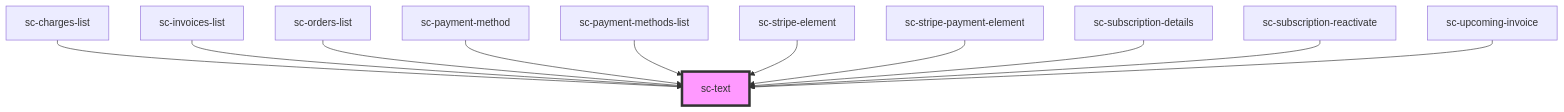
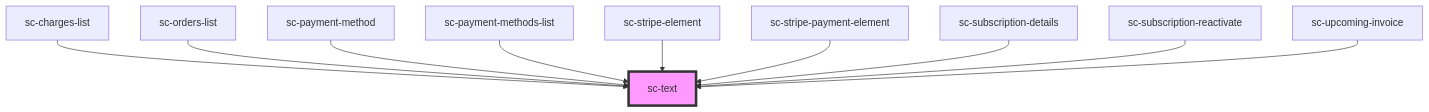
The diagram in packages/components/src/components/ui/text/readme.md (surecart/surecart-wp-plugin), drawn with Mermaid before and after one commit. The commit also changed other lines of this file and 46 other files, not shown here.

````diff
--- a/packages/components/src/components/ui/text/readme.md
+++ b/packages/components/src/components/ui/text/readme.md
@@ -32,14 +31,13 @@
 ```mermaid
 graph TD;
   sc-charges-list --> sc-text
-  sc-invoices-list --> sc-text
   sc-orders-list --> sc-text
   sc-payment-method --> sc-text
   sc-payment-methods-list --> sc-text
   sc-stripe-element --> sc-text
   sc-stripe-payment-element --> sc-text
   sc-subscription-details --> sc-text
   sc-subscription-reactivate --> sc-text
   sc-upcoming-invoice --> sc-text
   style sc-text fill:#f9f,stroke:#333,stroke-width:4px
 ```
````
